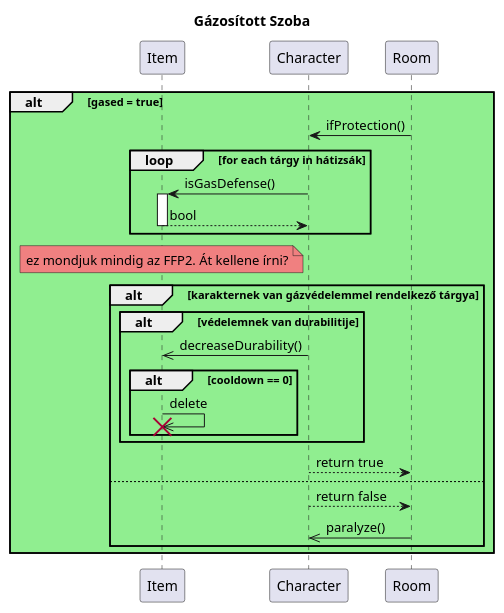
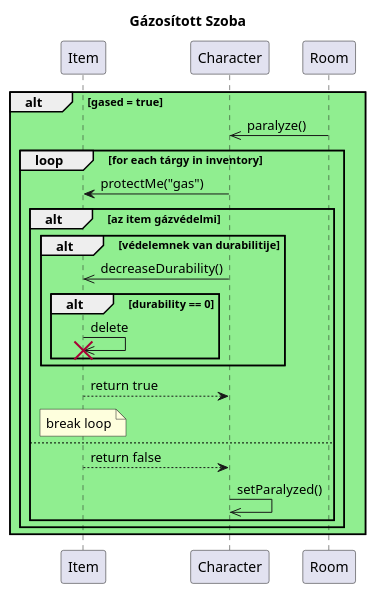
Before and after one commit to kipolaris/skyrimscriptsuttogok: the diagram in diagramms/src/gased_room.puml, drawn with PlantUML. The commit also changed 29 other files, not shown here.

Commit message:
fix and continue sequence diagrams

```diff
--- a/diagramms/src/gased_room.puml
+++ b/diagramms/src/gased_room.puml
@@ -1,35 +1,34 @@
 @startuml gazed_room
 Title Gázosított Szoba
 
 participant Item as item
 participant Character as char
 participant Room as sz
 
 alt #LightGreen gased = true
-        sz->char : ifProtection()
-        loop for each tárgy in hátizsák
-            char->item++: isGasDefense()
-            return bool
-        end
+        sz->>char : paralyze()
+        loop for each tárgy in inventory
+            char->item: protectMe("gas")
 
-        note over item #LightCoral: ez mondjuk mindig az FFP2. Át kellene írni?
+            alt az item gázvédelmi
 
-        alt karakternek van gázvédelemmel rendelkező tárgya
+                alt védelemnek van durabilitije
+                    char->>item : decreaseDurability()
+                
+                    alt durability == 0
+                        item->>item !!: delete
+                    
+                    end
+                end
 
-            alt védelemnek van durabilitije
-                char->>item : decreaseDurability()
-             
-                alt cooldown == 0
-                    item->>item !!: delete
-                 
-                end
+                item-->char : return true
+                note over item : break loop
+            else
+                item-->char : return false
+                char->>char : setParalyzed()
             end
 
-            char-->sz : return true
-        else
-            char-->sz : return false
-            sz->>char : paralyze()
         end
 end
 
 @enduml
```
